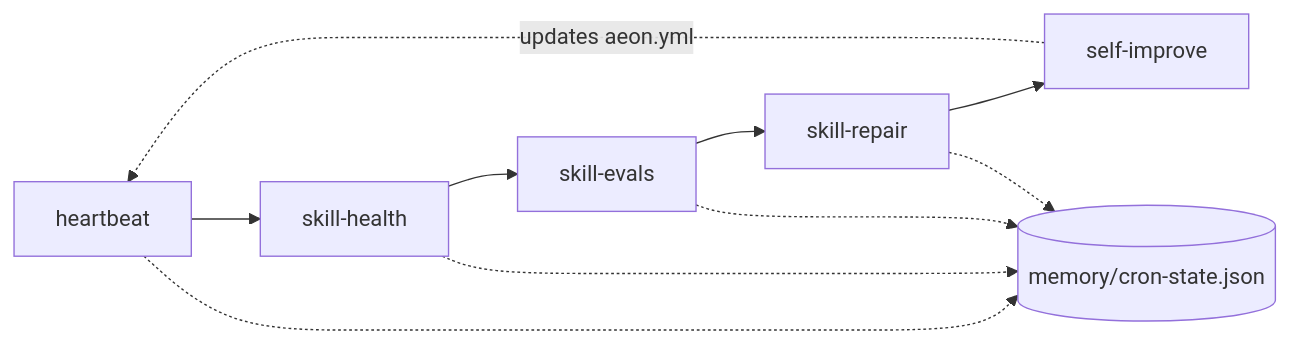
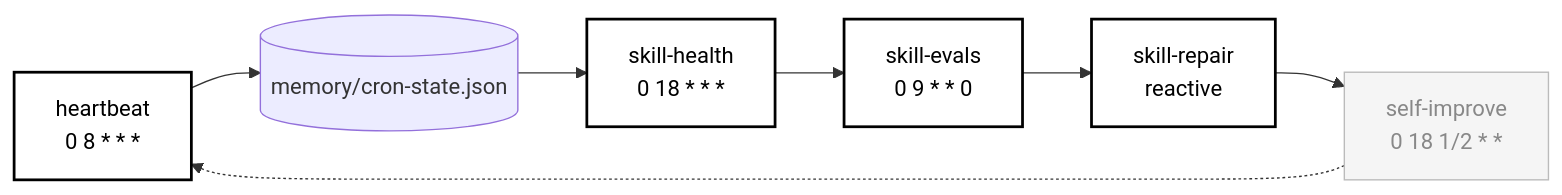
Before and after one commit to swarm-ai-research/aeon: the second of 7 diagrams in docs/skill-graph.md, drawn with Mermaid. The commit also changed other lines of this file and 2 other files, not shown here.

First line of the commit message:
docs(skill-graph): NEW_SKILLS: initialized (172 skills mapped)

````diff
--- a/docs/skill-graph.md
+++ b/docs/skill-graph.md
@@ -48,23 +34,24 @@
 ```mermaid
 flowchart LR
-    heartbeat[heartbeat]
-    skill-health[skill-health]
-    skill-evals[skill-evals]
-    skill-repair[skill-repair]
-    self-improve[self-improve]
-    cron[("memory/cron-state.json")]
-    heartbeat --> skill-health
-    skill-health --> skill-evals
-    skill-evals --> skill-repair
-    skill-repair --> self-improve
-    self-improve -.->|"updates aeon.yml"| heartbeat
-    heartbeat -.-> cron
-    skill-health -.-> cron
-    skill-evals -.-> cron
-    skill-repair -.-> cron
-    click heartbeat "../skills/heartbeat/SKILL.md"
-    click skill-health "../skills/skill-health/SKILL.md"
-    click skill-evals "../skills/skill-evals/SKILL.md"
-    click skill-repair "../skills/skill-repair/SKILL.md"
-    click self-improve "../skills/self-improve/SKILL.md"
+  heartbeat["heartbeat<br/>0 8 * * *"]
+  skill-health["skill-health<br/>0 18 * * *"]
+  skill-evals["skill-evals<br/>0 9 * * 0"]
+  skill-repair["skill-repair<br/>reactive"]
+  self-improve["self-improve<br/>0 18 1/2 * *"]
+  cron-state[("memory/cron-state.json")]
+  heartbeat --> cron-state
+  cron-state --> skill-health
+  skill-health --> skill-evals
+  skill-evals --> skill-repair
+  skill-repair --> self-improve
+  self-improve -.-> heartbeat
+  classDef enabled fill:#fff,stroke:#000,stroke-width:2px,color:#000
+  classDef disabled fill:#f5f5f5,stroke:#bbb,color:#888
+  class heartbeat,skill-health,skill-evals,skill-repair enabled
+  class self-improve disabled
+  click heartbeat "../skills/heartbeat/SKILL.md"
+  click skill-health "../skills/skill-health/SKILL.md"
+  click skill-evals "../skills/skill-evals/SKILL.md"
+  click skill-repair "../skills/skill-repair/SKILL.md"
+  click self-improve "../skills/self-improve/SKILL.md"
 ```
````
